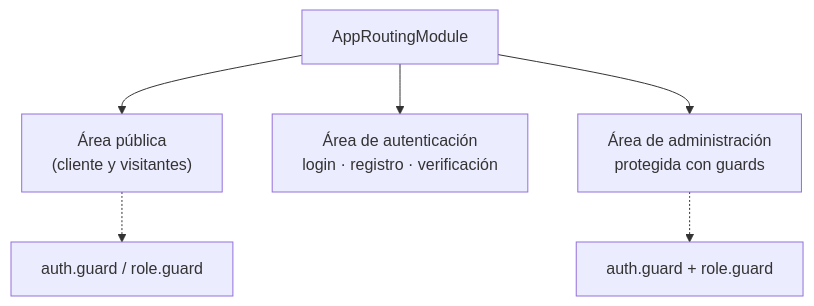
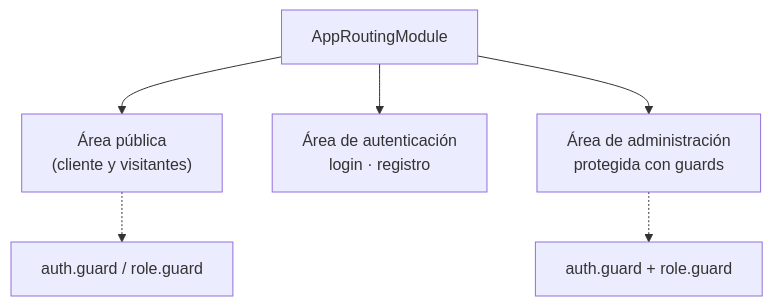
Before and after one commit to juanparejog/BarHub2.0: the first of 2 diagrams in docs/frontend.md, drawn with Mermaid. The commit also changed other lines of this file and 13 other files, not shown here.

````diff
--- a/docs/frontend.md
+++ b/docs/frontend.md
@@ -41,9 +42,9 @@
 ```mermaid
 flowchart TB
     R[AppRoutingModule]
     R --> P["Área pública<br/>(cliente y visitantes)"]
-    R --> A["Área de autenticación<br/>login · registro · verificación"]
+    R --> A["Área de autenticación<br/>login · registro"]
     R --> AD["Área de administración<br/>protegida con guards"]
     P -.-> G1[auth.guard / role.guard]
     AD -.-> G2[auth.guard + role.guard]
 ```
````
